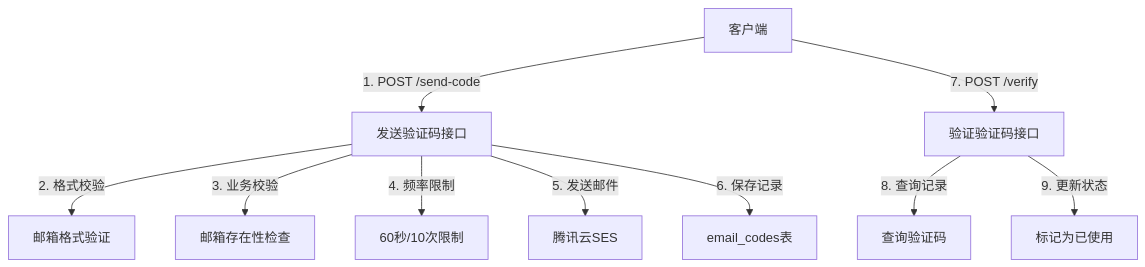
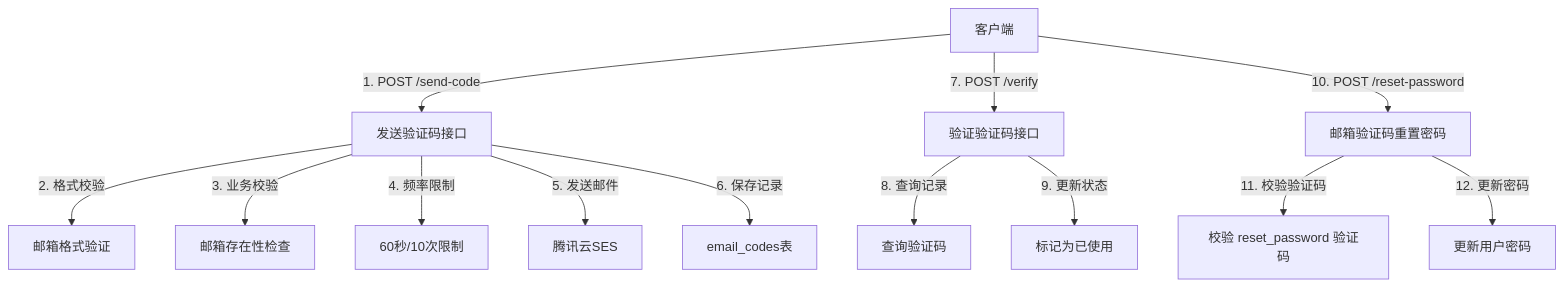
One commit to xingranya/CervixDetectAI changed the first of 3 diagrams in wiki/API参考/认证API/邮箱验证码API.md. Above: the diagram before and after it, drawn with Mermaid. The commit also changed other lines of this file and 6 other files, not shown here.

````diff
--- a/wiki/API参考/认证API/邮箱验证码API.md
+++ b/wiki/API参考/认证API/邮箱验证码API.md
@@ -20,13 +21,16 @@
 ```mermaid
 flowchart TD
     Client[客户端] -->|1. POST /send-code| SendCode[发送验证码接口]
     SendCode -->|2. 格式校验| Validate[邮箱格式验证]
     SendCode -->|3. 业务校验| CheckEmail[邮箱存在性检查]
     SendCode -->|4. 频率限制| RateLimit[60秒/10次限制]
     SendCode -->|5. 发送邮件| Tencent[腾讯云SES]
     SendCode -->|6. 保存记录| Database[email_codes表]
 
     Client -->|7. POST /verify| VerifyCode[验证验证码接口]
     VerifyCode -->|8. 查询记录| QueryDB[查询验证码]
     VerifyCode -->|9. 更新状态| MarkUsed[标记为已使用]
+    Client -->|10. POST /reset-password| ResetPwd[邮箱验证码重置密码]
+    ResetPwd -->|11. 校验验证码| VerifyResetCode[校验 reset_password 验证码]
+    ResetPwd -->|12. 更新密码| UpdatePwd[更新用户密码]
 ```
````
